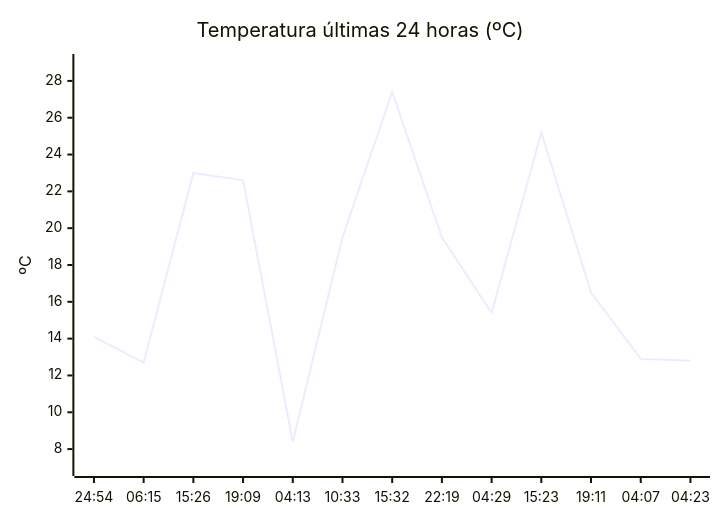
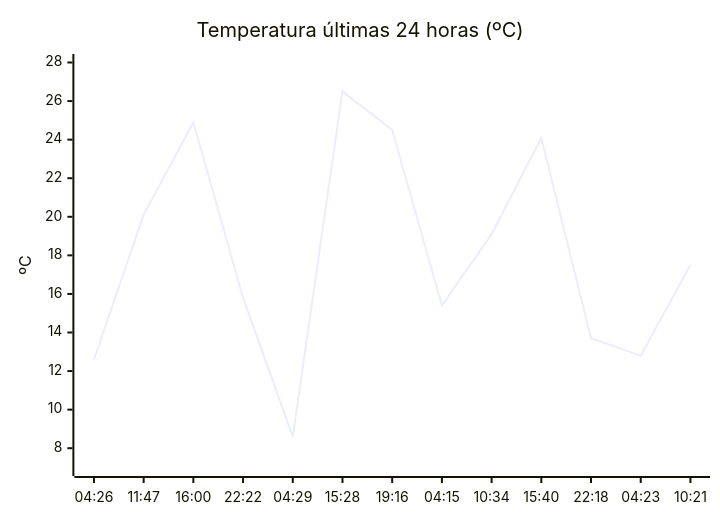
Before and after one commit to solidsnk86/rem-scrap: the diagram in README.md, drawn with Mermaid. The commit also changed other lines of this file, not shown here.

````diff
--- a/README.md
+++ b/README.md
@@ -28,7 +32,7 @@
 ```mermaid
 xychart-beta
     title "Temperatura últimas 24 horas (ºC)"
-    x-axis ["24:54", "06:15", "15:26", "19:09", "04:13", "10:33", "15:32", "22:19", "04:29", "15:23", "19:11", "04:07", "04:23"]
-    y-axis "ºC" 7 --> 29
-    line [14.1, 12.7, 23, 22.6, 8.4, 19.5, 27.4, 19.5, 15.4, 25.2, 16.5, 12.9, 12.8]
+    x-axis ["04:26", "11:47", "16:00", "22:22", "04:29", "15:28", "19:16", "04:15", "10:34", "15:40", "22:18", "04:23", "10:21"]
+    y-axis "ºC" 7 --> 28
+    line [12.6, 20.1, 24.9, 15.8, 8.6, 26.5, 24.5, 15.4, 19.1, 24.1, 13.7, 12.8, 17.5]
 ```
````
